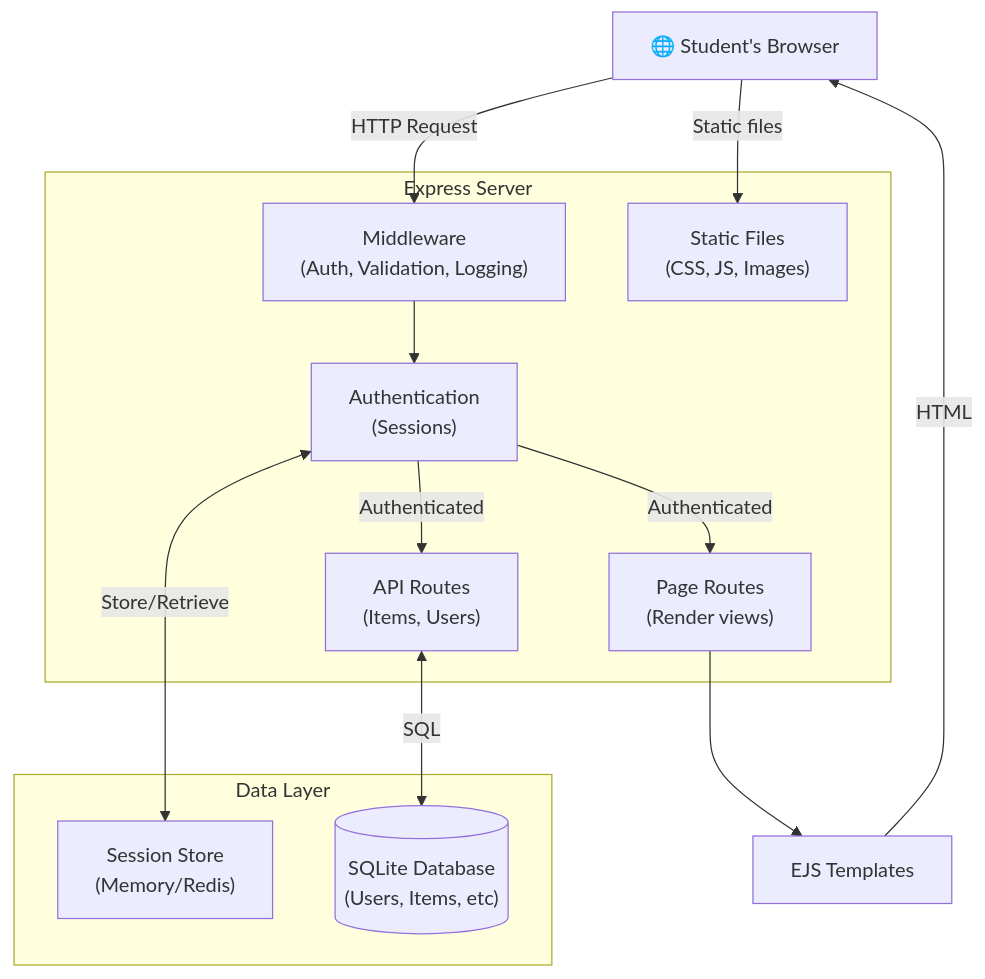
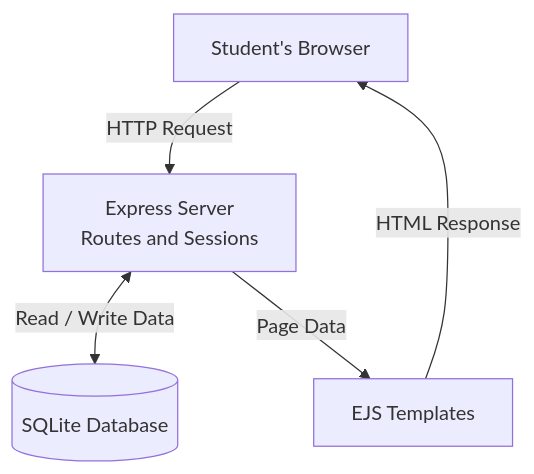
One commit to SirBLANKO/bluetag-patched changed the diagram in Architecture Sketch.md. Above: the diagram before and after it, drawn with Mermaid.

Commit message:
Update Architecture Sketch.md

````diff
--- a/Architecture Sketch.md
+++ b/Architecture Sketch.md
@@ -1,29 +1,12 @@
 ```mermaid
 flowchart TD
-    B["🌐 Student's Browser"]
-    
-    subgraph Server["Express Server"]
-        MW["Middleware<br/>(Auth, Validation, Logging)"]
-        Auth["Authentication<br/>(Sessions)"]
-        API["API Routes<br/>(Items, Users)"]
-        Pages["Page Routes<br/>(Render views)"]
-        Static["Static Files<br/>(CSS, JS, Images)"]
-    end
-    
-    subgraph Data["Data Layer"]
-        Sessions["Session Store<br/>(Memory/Redis)"]
-        DB[("SQLite Database<br/>(Users, Items, etc)")]
-    end
-    
-    Templates["EJS Templates"]
-    
-    B -->|HTTP Request| MW
-    MW --> Auth
-    Auth -->|Authenticated| API
-    Auth -->|Authenticated| Pages
-    API <-->|SQL| DB
-    Pages --> Templates
-    Templates -->|HTML| B
-    B -->|Static files| Static
-    Auth <-->|Store/Retrieve| Sessions
+    Browser["Student's Browser"]
+    Server["Express Server<br/>Routes and Sessions"]
+    DB[("SQLite Database")]
+    Views["EJS Templates"]
+
+    Browser -->|"HTTP Request"| Server
+    Server <-->|"Read / Write Data"| DB
+    Server -->|"Page Data"| Views
+    Views -->|"HTML Response"| Browser
 ```
````
